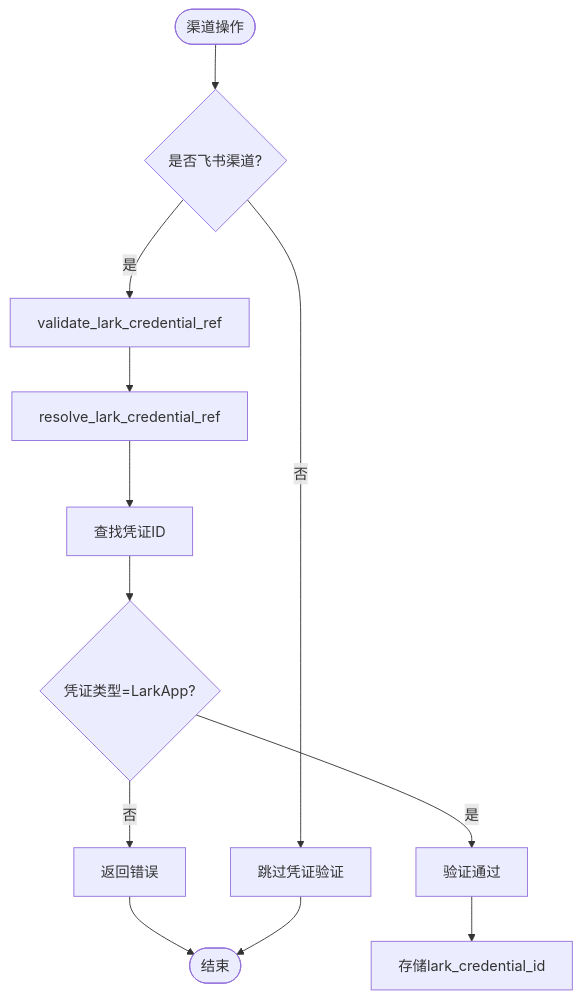
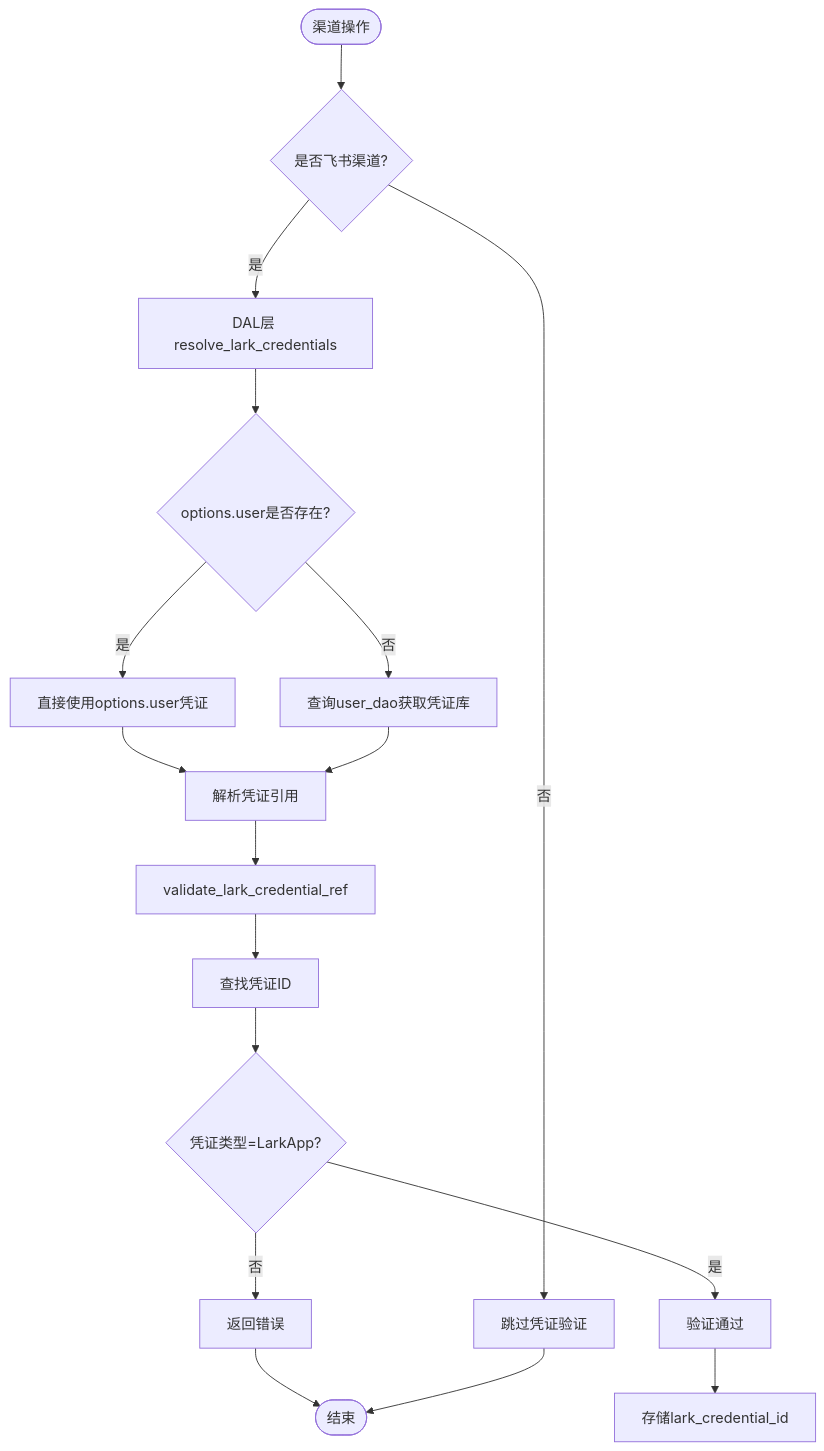
The third of 6 diagrams in .qoder/repowiki/zh/content/功能模块/消息系统/消息渠道管理.md (runningcoders/ai_orz), drawn with Mermaid before and after one commit. The commit also changed other lines of this file and 5 other files, not shown here.

````diff
--- a/.qoder/repowiki/zh/content/功能模块/消息系统/消息渠道管理.md
+++ b/.qoder/repowiki/zh/content/功能模块/消息系统/消息渠道管理.md
@@ -192,14 +202,19 @@
 ```mermaid
 flowchart TD
 Start(["渠道操作"]) --> CheckType{"是否飞书渠道?"}
 CheckType --> |否| Skip["跳过凭证验证"]
-CheckType --> |是| Validate["validate_lark_credential_ref"]
-Validate --> Resolve["resolve_lark_credential_ref"]
-Resolve --> FindCred["查找凭证ID"]
+CheckType --> |是| ResolveCred["DAL层 resolve_lark_credentials"]
+ResolveCred --> CheckOptions{"options.user是否存在?"}
+CheckOptions --> |是| UseOptions["直接使用options.user凭证"]
+CheckOptions --> |否| QueryUserDAO["查询user_dao获取凭证库"]
+UseOptions --> ParseCred["解析凭证引用"]
+QueryUserDAO --> ParseCred
+ParseCred --> Validate["validate_lark_credential_ref"]
+Validate --> FindCred["查找凭证ID"]
 FindCred --> VerifyKind{"凭证类型=LarkApp?"}
 VerifyKind --> |是| Success["验证通过"]
 VerifyKind --> |否| Error["返回错误"]
 Success --> Store["存储lark_credential_id"]
 Error --> End(["结束"])
 Skip --> End
 ```
````
